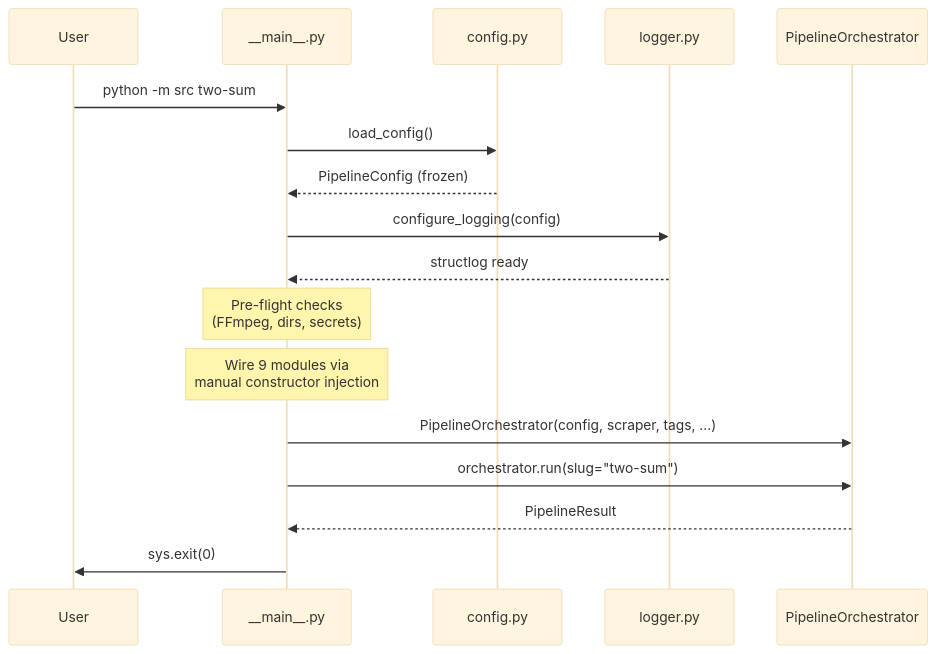
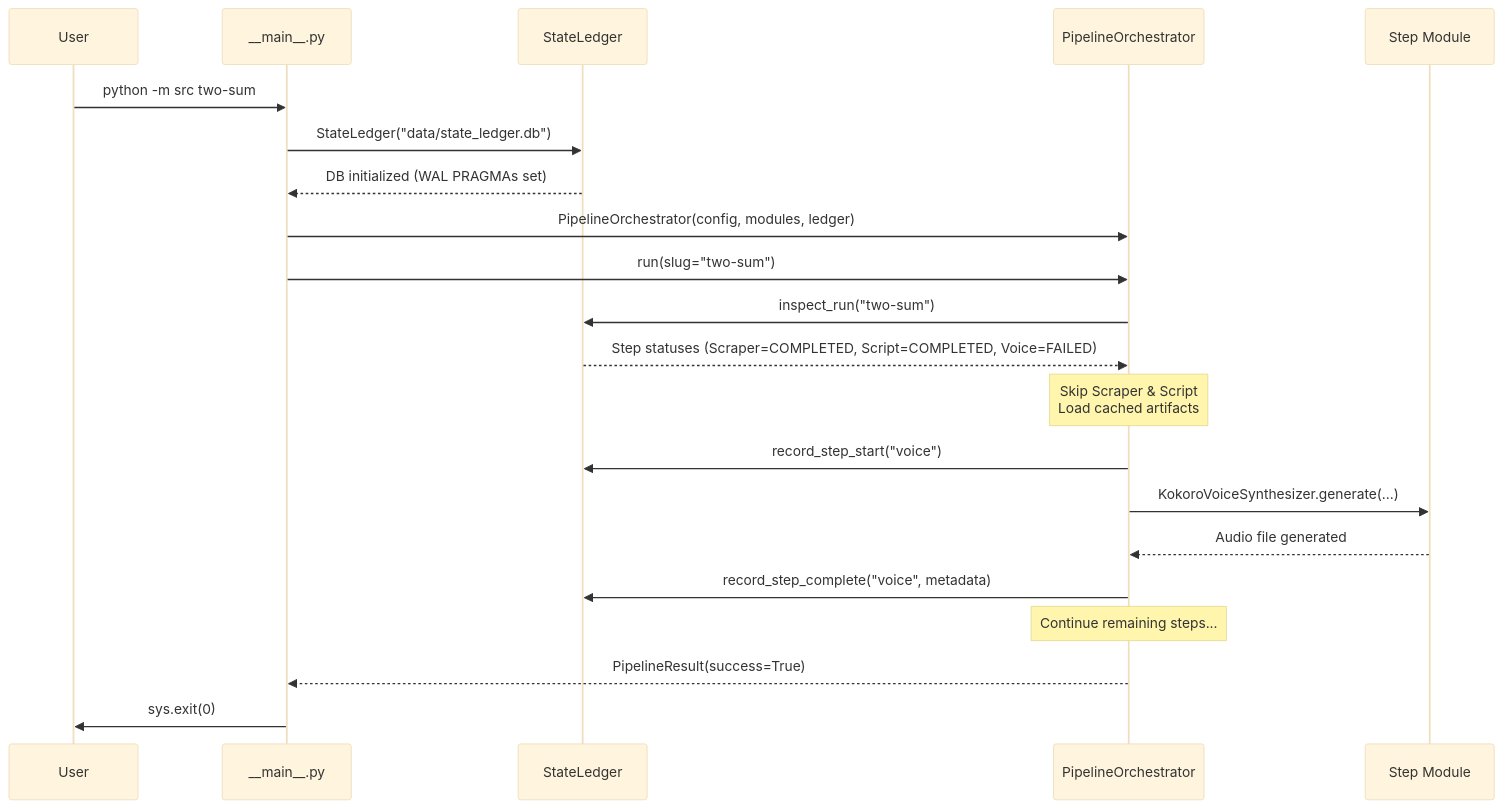
Before and after one commit to adarshacharya18/youtube-video-rag: the second of 2 diagrams in PromptBook/Phase04/01_Runtime_Architecture.md, drawn with Mermaid (base theme). The commit also changed other lines of this file and 64 other files, not shown here.

First line of the commit message:
feat(orchestrator): Implement Phase 04 SQLite State Ledger

````diff
--- a/PromptBook/Phase04/01_Runtime_Architecture.md
+++ b/PromptBook/Phase04/01_Runtime_Architecture.md
@@ -372,25 +675,30 @@
 ```mermaid
 sequenceDiagram
     participant User
     participant CLI as __main__.py
-    participant Config as config.py
-    participant Logger as logger.py
+    participant Ledger as StateLedger
     participant Orch as PipelineOrchestrator
+    participant Step as Step Module
 
     User->>CLI: python -m src two-sum
-    CLI->>Config: load_config()
-    Config-->>CLI: PipelineConfig (frozen)
+    CLI->>Ledger: StateLedger("data/state_ledger.db")
+    Ledger-->>CLI: DB initialized (WAL PRAGMAs set)
     
-    CLI->>Logger: configure_logging(config)
-    Logger-->>CLI: structlog ready
+    CLI->>Orch: PipelineOrchestrator(config, modules, ledger)
+    CLI->>Orch: run(slug="two-sum")
     
-    Note over CLI: Pre-flight checks<br/>(FFmpeg, dirs, secrets)
+    Orch->>Ledger: inspect_run("two-sum")
+    Ledger-->>Orch: Step statuses (Scraper=COMPLETED, Script=COMPLETED, Voice=FAILED)
     
-    Note over CLI: Wire 9 modules via<br/>manual constructor injection
+    Note over Orch: Skip Scraper & Script<br/>Load cached artifacts
     
-    CLI->>Orch: PipelineOrchestrator(config, scraper, tags, ...)
-    CLI->>Orch: orchestrator.run(slug="two-sum")
-    Orch-->>CLI: PipelineResult
+    Orch->>Ledger: record_step_start("voice")
+    Orch->>Step: KokoroVoiceSynthesizer.generate(...)
+    Step-->>Orch: Audio file generated
+    Orch->>Ledger: record_step_complete("voice", metadata)
     
+    Note over Orch: Continue remaining steps...
+    
+    Orch-->>CLI: PipelineResult(success=True)
     CLI->>User: sys.exit(0)
 ```
````
